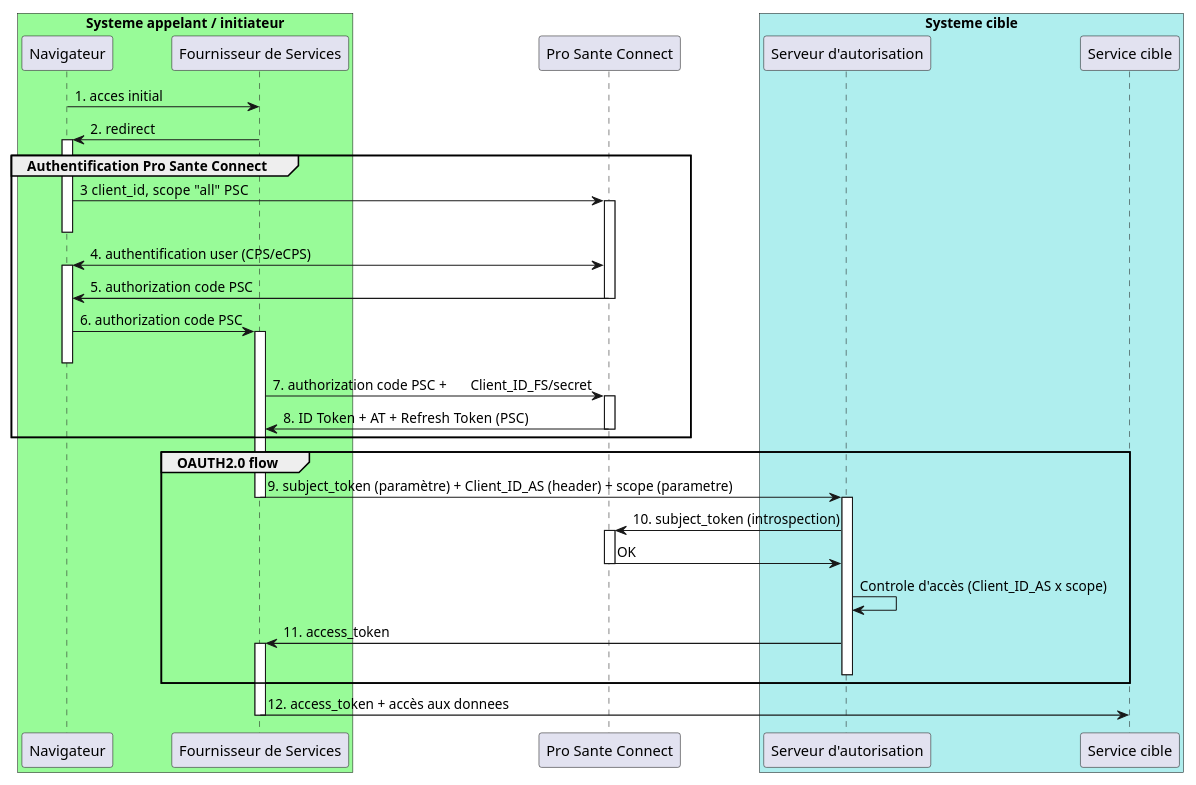
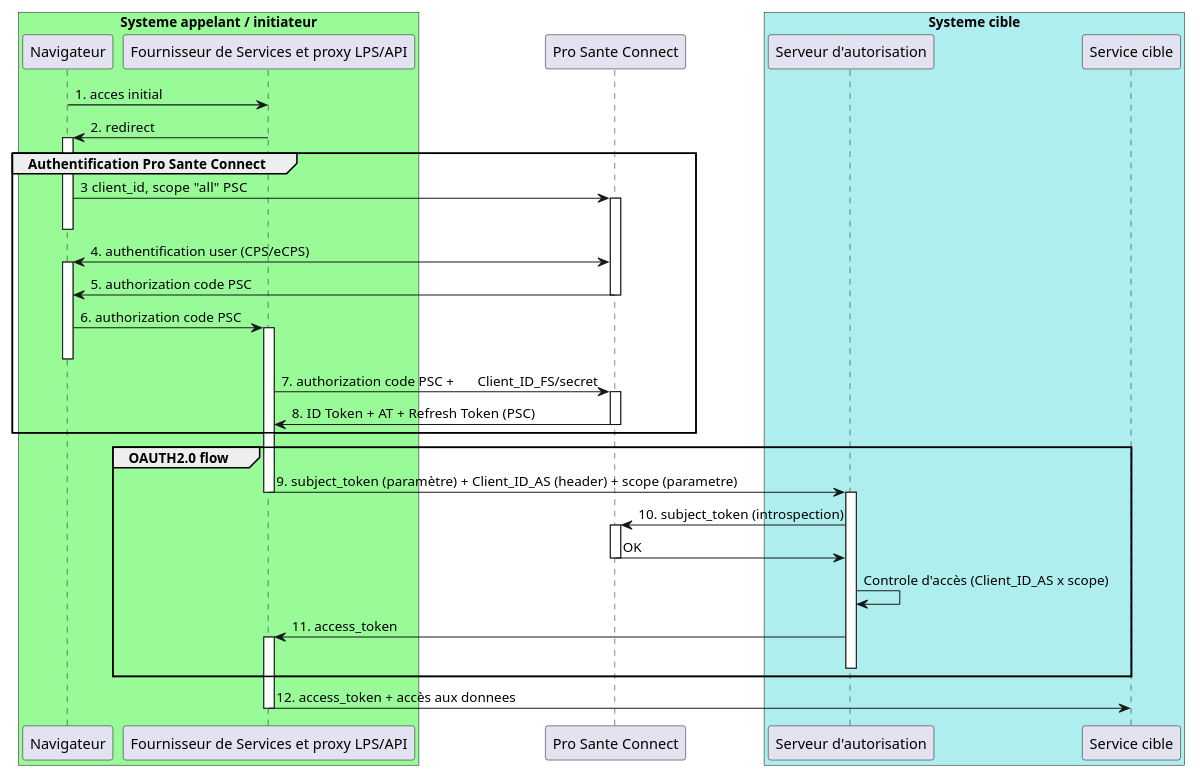
One commit to ansforge/IG-securisation-transport-api-rest changed the diagram in input/images-source/diag_api_prosanteconnectee_web_general.plantuml. Above: the diagram before and after it, drawn with PlantUML. The commit also changed 1 other file, not shown here.

Commit message:
correction proxy LPS/API

```diff
--- a/input/images-source/diag_api_prosanteconnectee_web_general.plantuml
+++ b/input/images-source/diag_api_prosanteconnectee_web_general.plantuml
@@ -1,52 +1,52 @@
 @startuml
 scale 1024*768
 box  "Systeme appelant / initiateur" #palegreen
 participant "Navigateur" as n
-participant "Fournisseur de Services" as appserver
+participant "Fournisseur de Services et proxy LPS/API" as appserver
 end box
 participant "Pro Sante Connect" as psc
 
 box  "Systeme cible" #paleturquoise
 participant "Serveur d'autorisation" as AS
 participant "Service cible" as API
 end box
 
 n->appserver:1. acces initial 
 appserver->n:2. redirect
 	activate n
 
 group Authentification Pro Sante Connect
 n->psc:3  client_id, scope "all" PSC
 	activate psc
 	deactivate n
 psc<->n:4. authentification user (CPS/eCPS)
 activate n
 psc->n:5. authorization code PSC
 	deactivate psc
 n->appserver:6. authorization code PSC
 	activate appserver
     deactivate n
 appserver->psc: 7. authorization code PSC + 	Client_ID_FS/secret
 	activate psc
 psc->appserver: 8. ID Token + AT + Refresh Token (PSC)
 	deactivate psc
 end 
 
 
 group OAUTH2.0 flow
 appserver->AS:9. subject_token (paramètre) + Client_ID_AS (header) + scope (parametre)
 	deactivate appserver
 	activate AS
 AS->psc:10. subject_token (introspection)
 	activate psc
 psc->AS:OK
 	deactivate psc
 AS->AS : Controle d'accès (Client_ID_AS x scope)
 AS->appserver:11. access_token
 	activate appserver
 	deactivate AS
 end 
 appserver->API:12. access_token + accès aux donnees
 	deactivate appserver
 	
 @enduml	
```
